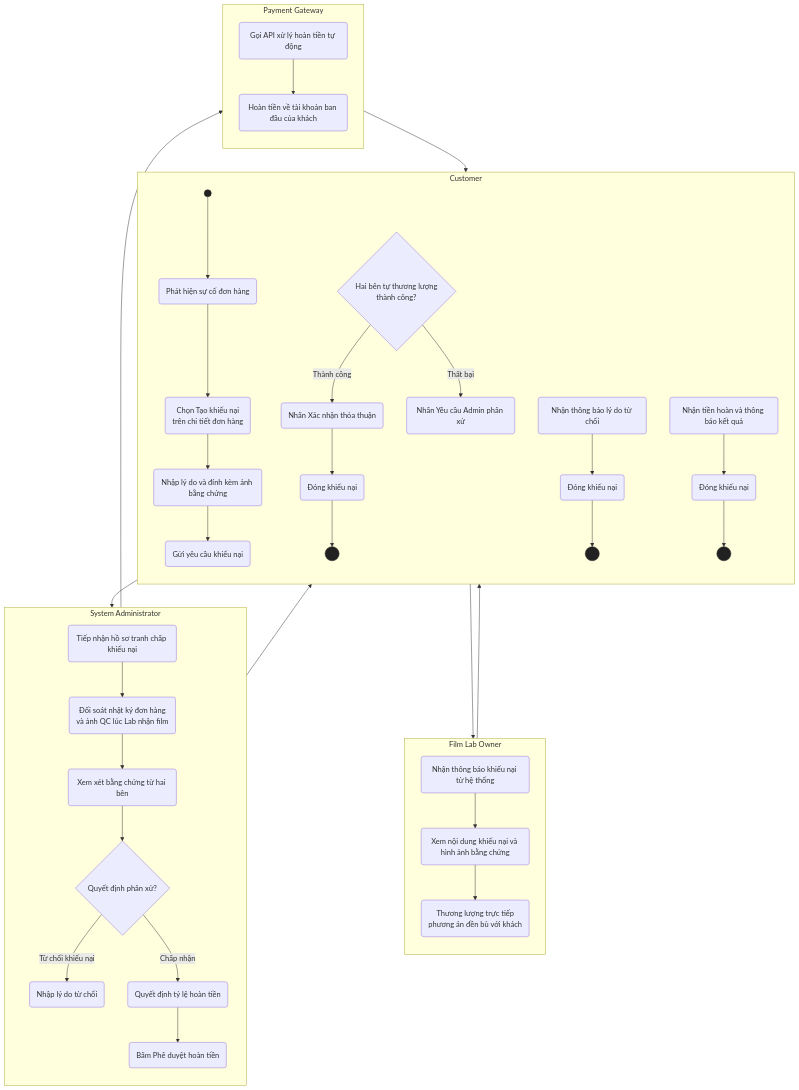
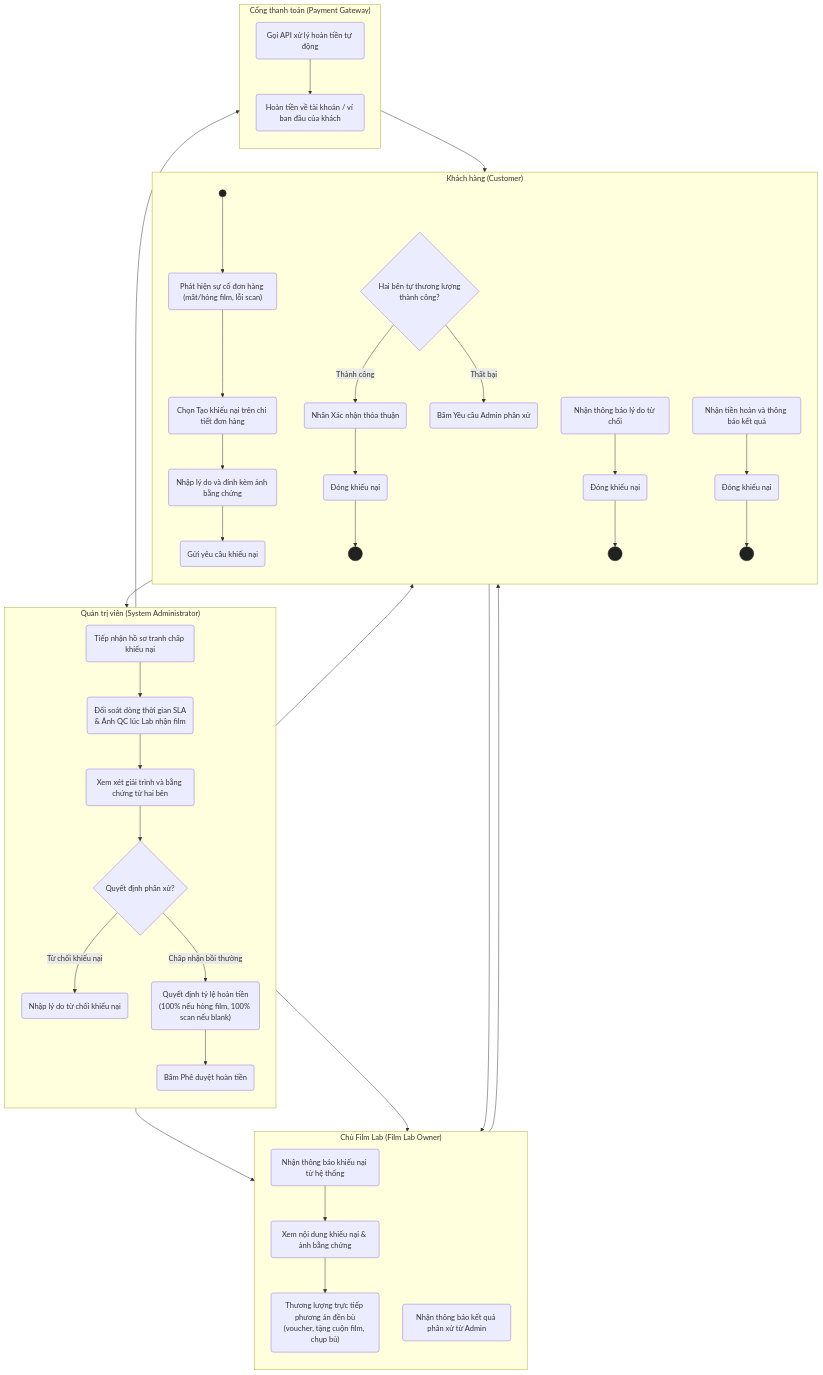
The sixth of 6 diagrams in doc/week 2/so-do-chuc-nang-nghiep-vu.md (huylamnhat/Photographer-enthusiastic-environment), drawn with Mermaid before and after one commit. The commit also changed other lines of this file and 2 other files, not shown here.

````diff
--- a/doc/week 2/so-do-chuc-nang-nghiep-vu.md
+++ b/doc/week 2/so-do-chuc-nang-nghiep-vu.md
@@ -275,57 +409,70 @@
 ```mermaid
 flowchart TB
     classDef term fill:#222,stroke:#222,color:#fff
 
-    subgraph CUS["Customer"]
+    subgraph CUS["Khách hàng (Customer)"]
         direction TB
         S((" ")):::term
-        C1("Phát hiện sự cố đơn hàng")
-        C2("Chọn Tạo khiếu nại<br/>trên chi tiết đơn hàng")
+        C1("Phát hiện sự cố đơn hàng (mất/hỏng film, lỗi scan)")
+        C2("Chọn Tạo khiếu nại trên chi tiết đơn hàng")
         C3("Nhập lý do và đính kèm ảnh bằng chứng")
         C4("Gửi yêu cầu khiếu nại")
         C5{"Hai bên tự thương lượng<br/>thành công?"}
         C6("Nhấn Xác nhận thỏa thuận")
         C7("Đóng khiếu nại")
         E1(((" "))):::term
-        C8("Nhấn Yêu cầu Admin phân xử")
+        C8("Bấm Yêu cầu Admin phân xử")
         C9("Nhận thông báo lý do từ chối")
         C10("Đóng khiếu nại")
         E2(((" "))):::term
         C11("Nhận tiền hoàn và thông báo kết quả")
         C12("Đóng khiếu nại")
         E3(((" "))):::term
     end
 
-    subgraph LAB["Film Lab Owner"]
+    subgraph LAB["Chủ Film Lab (Film Lab Owner)"]
         direction TB
         L1("Nhận thông báo khiếu nại từ hệ thống")
-        L2("Xem nội dung khiếu nại và hình ảnh bằng chứng")
-        L3("Thương lượng trực tiếp<br/>phương án đền bù với khách")
+        L2("Xem nội dung khiếu nại & ảnh bằng chứng")
+        L3("Thương lượng trực tiếp phương án đền bù<br/>(voucher, tặng cuộn film, chụp bù)")
+        L4("Nhận thông báo kết quả phân xử từ Admin")
     end
 
-    subgraph ADM["System Administrator"]
+    subgraph ADM["Quản trị viên (System Administrator)"]
         direction TB
         A1("Tiếp nhận hồ sơ tranh chấp khiếu nại")
-        A2("Đối soát nhật ký đơn hàng<br/>và ảnh QC lúc Lab nhận film")
-        A3("Xem xét bằng chứng từ hai bên")
+        A2("Đối soát dòng thời gian SLA<br/>& Ảnh QC lúc Lab nhận film")
+        A3("Xem xét giải trình và bằng chứng từ hai bên")
         A4{"Quyết định phân xử?"}
-        A5("Nhập lý do từ chối")
-        A6("Quyết định tỷ lệ hoàn tiền")
+        A5("Nhập lý do từ chối khiếu nại")
+        A6("Quyết định tỷ lệ hoàn tiền<br/>(100% nếu hỏng film, 100% scan nếu blank)")
         A7("Bấm Phê duyệt hoàn tiền")
     end
 
-    subgraph PAY["Payment Gateway"]
+    subgraph PAY["Cổng thanh toán (Payment Gateway)"]
         direction TB
         P1("Gọi API xử lý hoàn tiền tự động")
-        P2("Hoàn tiền về tài khoản ban đầu của khách")
+        P2("Hoàn tiền về tài khoản / ví ban đầu của khách")
     end
 
+    %% Luồng gửi khiếu nại và tự thương lượng
     S --> C1 --> C2 --> C3 --> C4
     C4 --> L1 --> L2 --> L3 --> C5
+
+    %% Thương lượng thành công
     C5 -->|Thành công| C6 --> C7 --> E1
+
+    %% Chuyển Admin phân xử
     C5 -->|Thất bại| C8 --> A1
     A1 --> A2 --> A3 --> A4
-    A4 -->|Từ chối khiếu nại| A5 --> C9 --> C10 --> E2
-    A4 -->|Chấp nhận| A6 --> A7 --> P1 --> P2
+
+    %% Phán quyết của Admin
+    A4 -->|Từ chối khiếu nại| A5
+    A5 --> C9 --> C10 --> E2
+    A5 --> L4
+
+    A4 -->|Chấp nhận bồi thường| A6 --> A7
+    A7 --> L4
+    A7 --> P1 --> P2
     P2 --> C11 --> C12 --> E3
 ```
````
